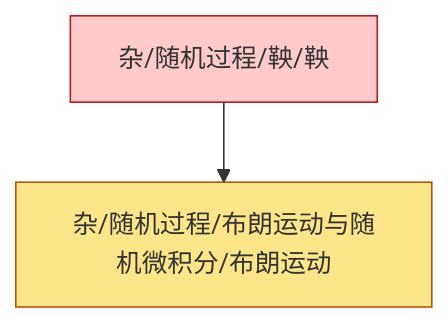
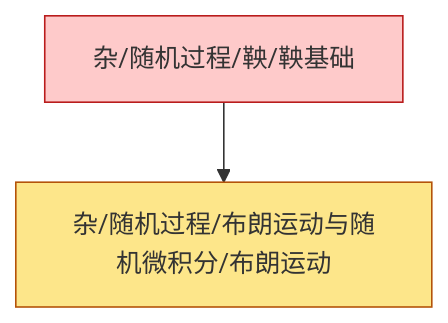
The diagram in content/杂/随机过程/布朗运动与随机微积分/dependency_graph.md (zeroDtree/zeroDtree.github.io), drawn with Mermaid before and after one commit. The commit also changed 14 other files, not shown here.

Commit message:
Refactor dependency graphs in the "随机过程" section to replace "流匹配" with "流匹配基础". Updated references across multiple files to ensure consistency and clarity in the documentation. Introduced new files for "流匹配基础" and "鞅基础" to enhance the structure and accessibility of related concepts.

````diff
--- a/content/杂/随机过程/布朗运动与随机微积分/dependency_graph.md
+++ b/content/杂/随机过程/布朗运动与随机微积分/dependency_graph.md
@@ -1,11 +1,11 @@
 ```mermaid
 %%{init: {'flowchart': {'curve': 'stepAfter'}}}%%
 graph TD
-1["杂/随机过程/鞅/鞅"] --> 0["杂/随机过程/布朗运动与随机微积分/布朗运动"]
+1["杂/随机过程/鞅/鞅基础"] --> 0["杂/随机过程/布朗运动与随机微积分/布朗运动"]
 classDef leaf fill:#fde68a,stroke:#b45309
 class 0 leaf
 classDef externalRoot fill:#fecaca,stroke:#b91c1c
 class 1 externalRoot
 click 0 "/杂/随机过程/布朗运动与随机微积分/布朗运动" "杂/随机过程/布朗运动与随机微积分/布朗运动"
-click 1 "/杂/随机过程/鞅/鞅" "杂/随机过程/鞅/鞅"
+click 1 "/杂/随机过程/鞅/鞅基础" "杂/随机过程/鞅/鞅基础"
 ```
````
